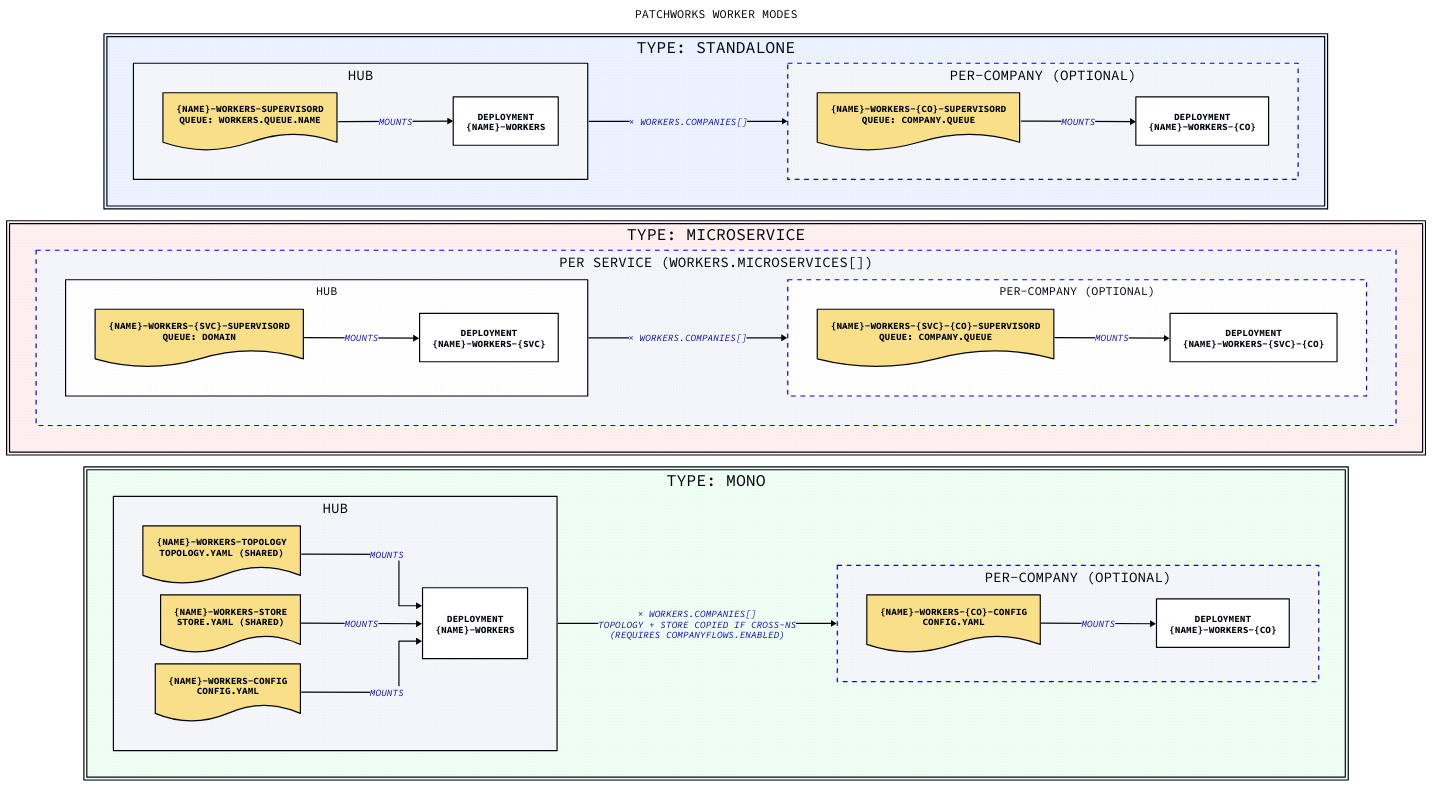
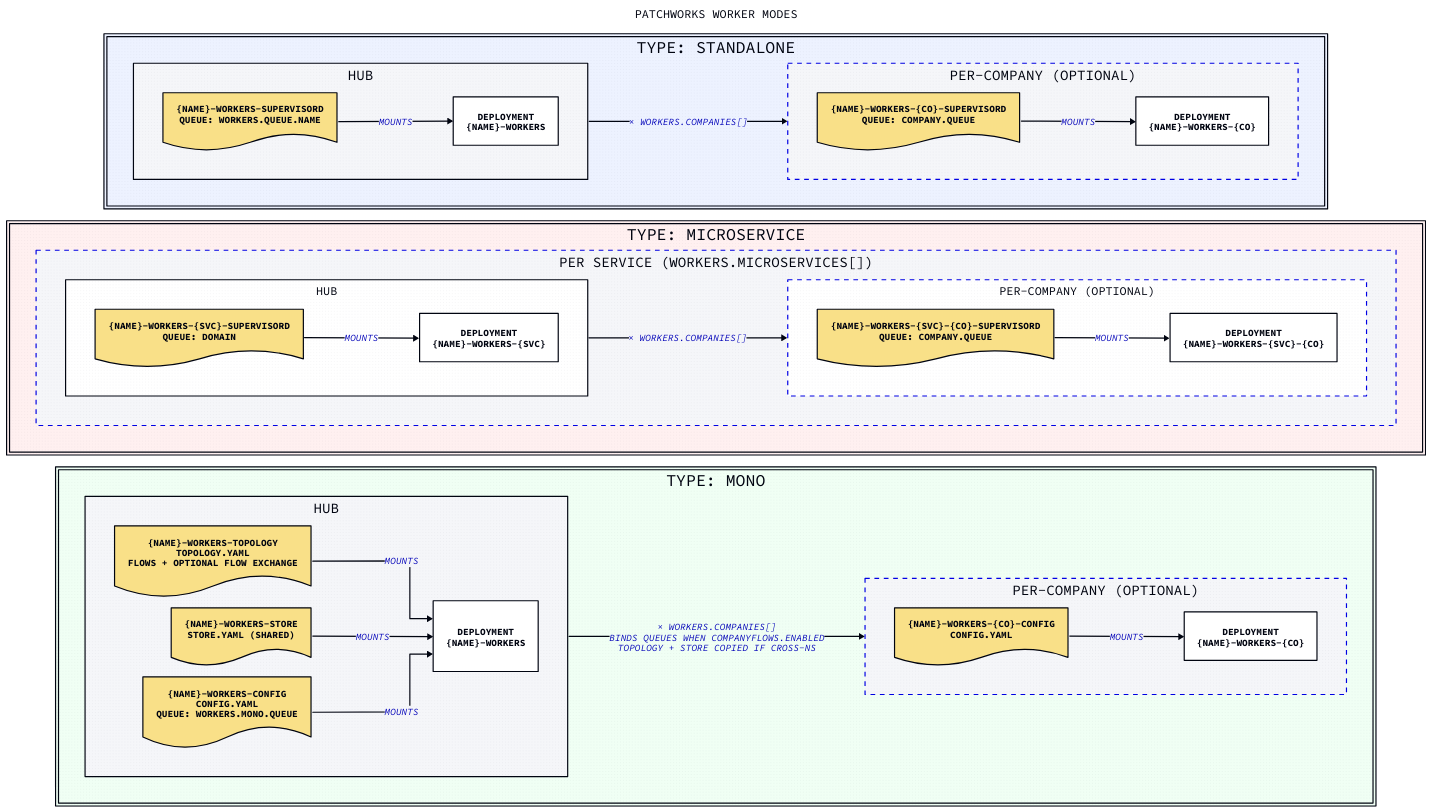
The diagram in docs/workers-diagram.d2 (gopatchworks/selfhosted), drawn with D2 before and after one commit. The commit also changed 9 other files, not shown here.

Commit message:
support non-customer-flows

```diff
--- a/docs/workers-diagram.d2
+++ b/docs/workers-diagram.d2
@@ -1,108 +1,108 @@
 vars: {
   d2-config: {
     layout-engine: elk
     # Terminal theme code
     theme-id: 300
   }
 }
 
 direction: right
 
 title: Patchworks Worker Modes {
   shape: text
   near: top-center
   style.font-size: 20
 }
 
 # ── type: standalone ────────────────────────────────────────────────────────
 
 standalone: "type: standalone" {
   style.fill: "#EDF2FF"
   direction: down
 
   desc: "One queue worker via supervisord.\nConcurrency controlled by workers.processes (numprocs)." {
     shape: text
   }
 
   hub: Hub {
     direction: right
     cm: "{name}-workers-supervisord\nqueue: workers.queue.name" { shape: document }
     dep: "Deployment\n{name}-workers" { shape: rectangle }
     cm -> dep: mounts
   }
 
   company: "Per-Company (optional)" {
     style.stroke-dash: 4
     direction: right
     cm: "{name}-workers-{co}-supervisord\nqueue: company.queue" { shape: document }
     dep: "Deployment\n{name}-workers-{co}" { shape: rectangle }
     cm -> dep: mounts
   }
 
   hub -> company: "× workers.companies[]"
 }
 
 # ── type: microservice ───────────────────────────────────────────────────────
 
 microservice: "type: microservice" {
   style.fill: "#FFF0F0"
   direction: down
 
   desc: "One worker per service key in workers.microservices.\n_default provides fallbacks for all fields." {
     shape: text
   }
 
   service: "Per Service (workers.microservices[])" {
     style.stroke-dash: 4
     direction: down
 
     hub: Hub {
       direction: right
       cm: "{name}-workers-{svc}-supervisord\nqueue: domain" { shape: document }
       dep: "Deployment\n{name}-workers-{svc}" { shape: rectangle }
       cm -> dep: mounts
     }
 
     company: "Per-Company (optional)" {
       style.stroke-dash: 4
       direction: right
       cm: "{name}-workers-{svc}-{co}-supervisord\nqueue: company.queue" { shape: document }
       dep: "Deployment\n{name}-workers-{svc}-{co}" { shape: rectangle }
       cm -> dep: mounts
     }
 
     hub -> company: "× workers.companies[]"
   }
 }
 
 # ── type: mono ───────────────────────────────────────────────────────────────
 
 mono: "type: mono" {
   style.fill: "#F0FFF4"
   direction: down
 
   desc: "Monocore Go worker. RabbitMQ topology asserted at startup via topology.yaml." {
     shape: text
   }
 
   hub: Hub {
     direction: right
-    topology: "{name}-workers-topology\ntopology.yaml (shared)" { shape: document }
+    topology: "{name}-workers-topology\ntopology.yaml\nflows + optional flow exchange" { shape: document }
     store:    "{name}-workers-store\nstore.yaml (shared)"       { shape: document }
-    config:   "{name}-workers-config\nconfig.yaml"              { shape: document }
+    config:   "{name}-workers-config\nconfig.yaml\nqueue: workers.mono.queue" { shape: document }
     dep:      "Deployment\n{name}-workers"                      { shape: rectangle }
     topology -> dep: mounts
     store    -> dep: mounts
     config   -> dep: mounts
   }
 
   company: "Per-Company (optional)" {
     style.stroke-dash: 4
     direction: right
     config: "{name}-workers-{co}-config\nconfig.yaml"           { shape: document }
     dep:    "Deployment\n{name}-workers-{co}"                   { shape: rectangle }
     config -> dep: mounts
   }
 
-  hub -> company: "× workers.companies[]\ntopology + store copied if cross-ns\n(requires companyFlows.enabled)"
+  hub -> company: "× workers.companies[]\nbinds queues when companyFlows.enabled\ntopology + store copied if cross-ns"
 }
```
